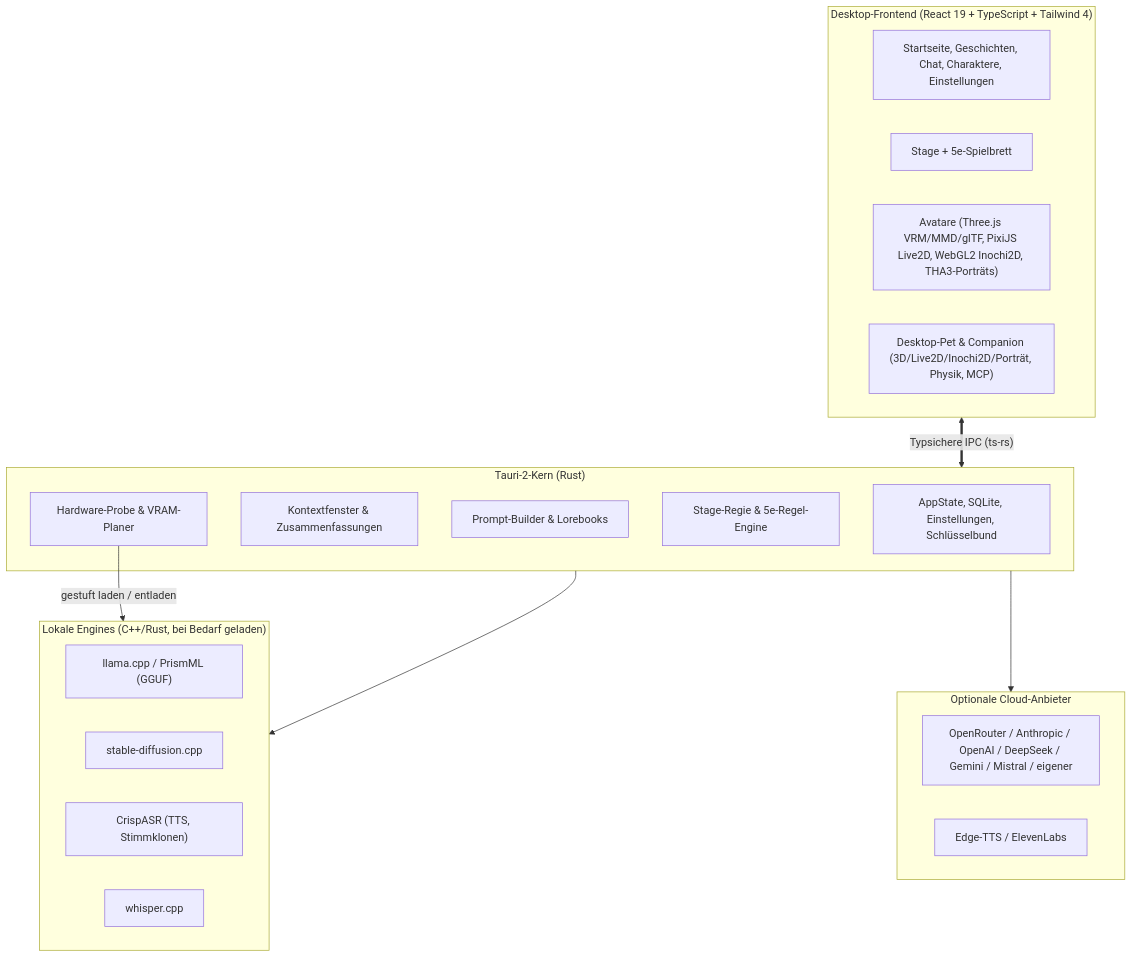
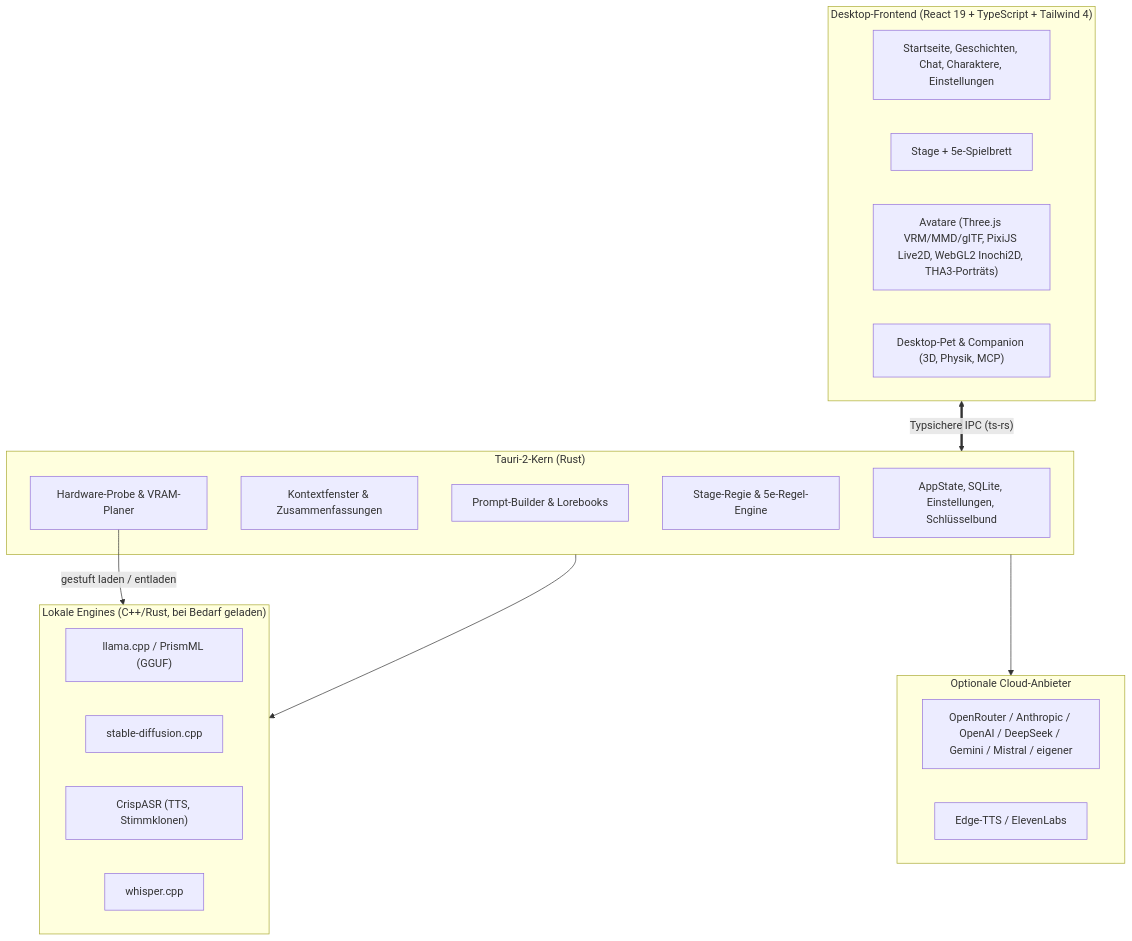
Before and after one commit to SnowwhiteOakheart/OtakuSoul: the first of 2 diagrams in README.de.md, drawn with Mermaid. The commit also changed other lines of this file and 28 other files, not shown here.

First line of the commit message:
feat(pet): Desktop-Pet nur noch mit echten 3D-Avataren

````diff
--- a/README.de.md
+++ b/README.de.md
@@ -220,34 +220,34 @@
 ```mermaid
 flowchart TD
     subgraph Frontend["Desktop-Frontend (React 19 + TypeScript + Tailwind 4)"]
         UI["Startseite, Geschichten, Chat, Charaktere, Einstellungen"]
         StageUI["Stage + 5e-Spielbrett"]
         AvatarUI["Avatare (Three.js VRM/MMD/glTF, PixiJS Live2D, WebGL2 Inochi2D, THA3-Porträts)"]
-        CompanionUI["Desktop-Pet & Companion (3D/Live2D/Inochi2D/Porträt, Physik, MCP)"]
+        CompanionUI["Desktop-Pet & Companion (3D, Physik, MCP)"]
     end
 
     subgraph TauriCore["Tauri-2-Kern (Rust)"]
         State["AppState, SQLite, Einstellungen, Schlüsselbund"]
         ContextMgr["Kontextfenster & Zusammenfassungen"]
         PromptBuilder["Prompt-Builder & Lorebooks"]
         Rules["Stage-Regie & 5e-Regel-Engine"]
         HardwareSched["Hardware-Probe & VRAM-Planer"]
     end
 
     subgraph LocalEngines["Lokale Engines (C++/Rust, bei Bedarf geladen)"]
         Llama["llama.cpp / PrismML (GGUF)"]
         SD["stable-diffusion.cpp"]
         Crisp["CrispASR (TTS, Stimmklonen)"]
         Whisper["whisper.cpp"]
     end
 
     subgraph Cloud["Optionale Cloud-Anbieter"]
         CloudLLM["OpenRouter / Anthropic / OpenAI / DeepSeek / Gemini / Mistral / eigener"]
         CloudTTS["Edge-TTS / ElevenLabs"]
     end
 
     Frontend <==>|"Typsichere IPC (ts-rs)"| TauriCore
     HardwareSched -->|"gestuft laden / entladen"| LocalEngines
     TauriCore --> LocalEngines
     TauriCore --> Cloud
 ```
````
